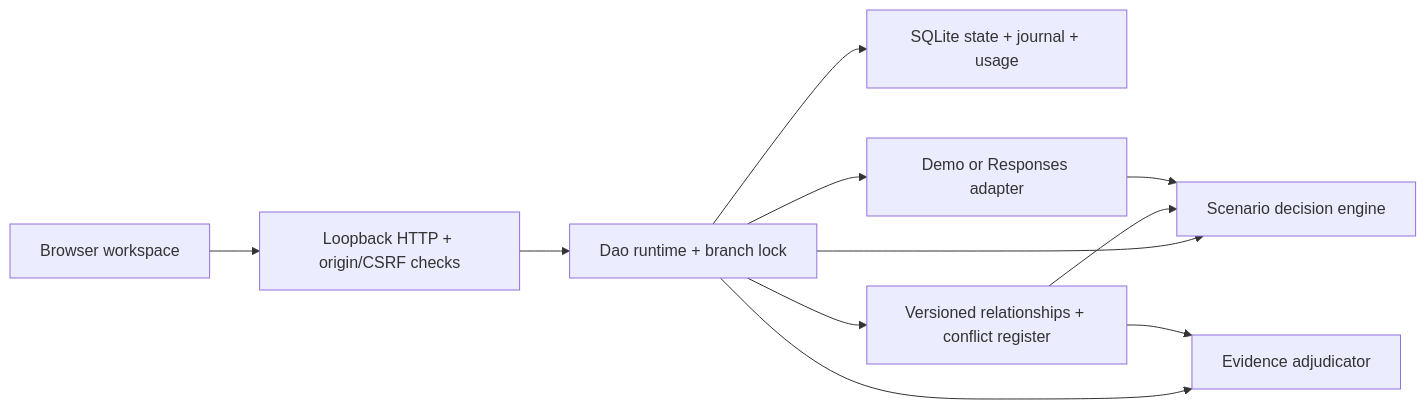
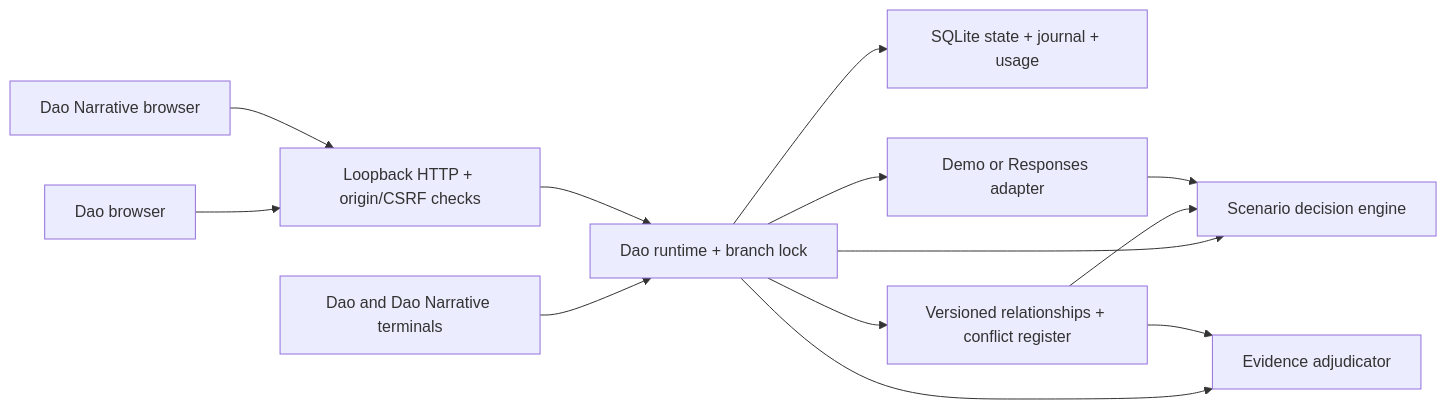
One commit to Virgo-3/Dao changed the diagram in docs/architecture.md. Above: the diagram before and after it, drawn with Mermaid. The commit also changed other lines of this file and 37 other files, not shown here.

Commit message:
Separate Dao and Dao Narrative applications

````diff
--- a/docs/architecture.md
+++ b/docs/architecture.md
@@ -3,13 +7,15 @@
 ```mermaid
 flowchart LR
-    UI[Browser workspace] --> HTTP[Loopback HTTP + origin/CSRF checks]
+    UI[Dao browser] --> HTTP[Loopback HTTP + origin/CSRF checks]
+    NarrativeUI[Dao Narrative browser] --> HTTP
+    Terminal[Dao and Dao Narrative terminals] --> Runtime
     HTTP --> Runtime[Dao runtime + branch lock]
     Runtime --> Store[SQLite state + journal + usage]
     Runtime --> Decision[Scenario decision engine]
     Runtime --> Audit[Evidence adjudicator]
     Runtime --> Relationships[Versioned relationships + conflict register]
     Relationships --> Decision
     Relationships --> Audit
     Runtime --> Provider[Demo or Responses adapter]
     Provider --> Decision
 ```
````
